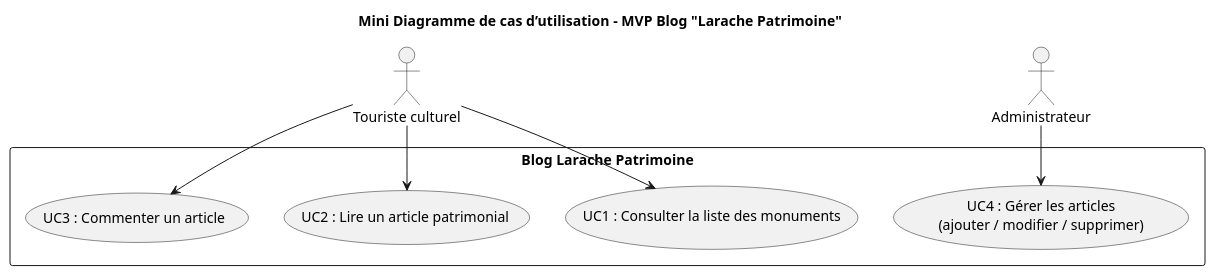
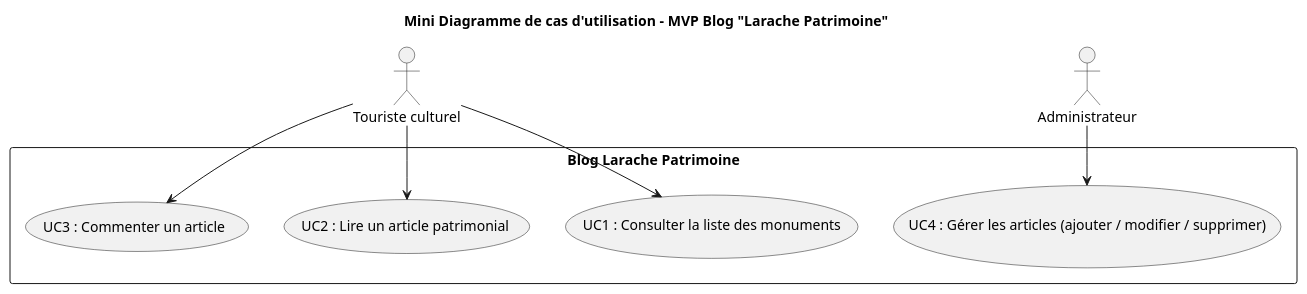
Before and after one commit to yasmineh-d/Blog_Larache_Larache_Patrimoine: the diagram in Diagram/MVP.puml, drawn with PlantUML. The commit also changed 1 other file, not shown here.

Commit message:
midification diagram

```diff
--- a/Diagram/MVP.puml
+++ b/Diagram/MVP.puml
@@ -1,21 +1,21 @@
 @startuml
-title Mini Diagramme de cas d’utilisation – MVP Blog "Larache Patrimoine"
+title Mini Diagramme de cas d'utilisation – MVP Blog "Larache Patrimoine"
 
 actor "Touriste culturel" as Touriste
 actor "Administrateur" as Admin
 
 rectangle "Blog Larache Patrimoine" {
   usecase "UC1 : Consulter la liste des monuments" as UC1
   usecase "UC2 : Lire un article patrimonial" as UC2
   usecase "UC3 : Commenter un article" as UC3
-  usecase "UC4 : Gérer les articles\n(ajouter / modifier / supprimer)" as UC4
+  usecase "UC4 : Gérer les articles (ajouter / modifier / supprimer)" as UC4
 }
 
-' Relations entre acteurs et cas d’utilisation
+' Relations entre acteurs et cas d'utilisation
 Touriste --> UC1
 Touriste --> UC2
 Touriste --> UC3
 
 Admin --> UC4
 
 @enduml
```
